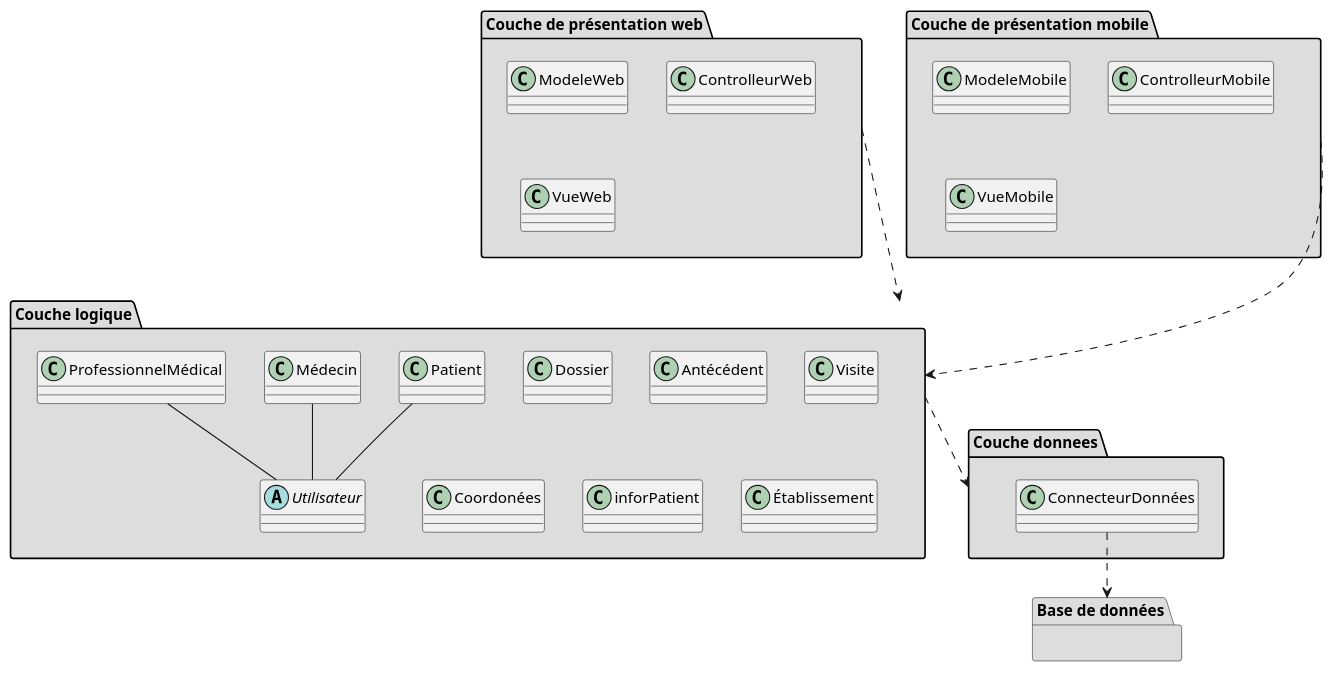
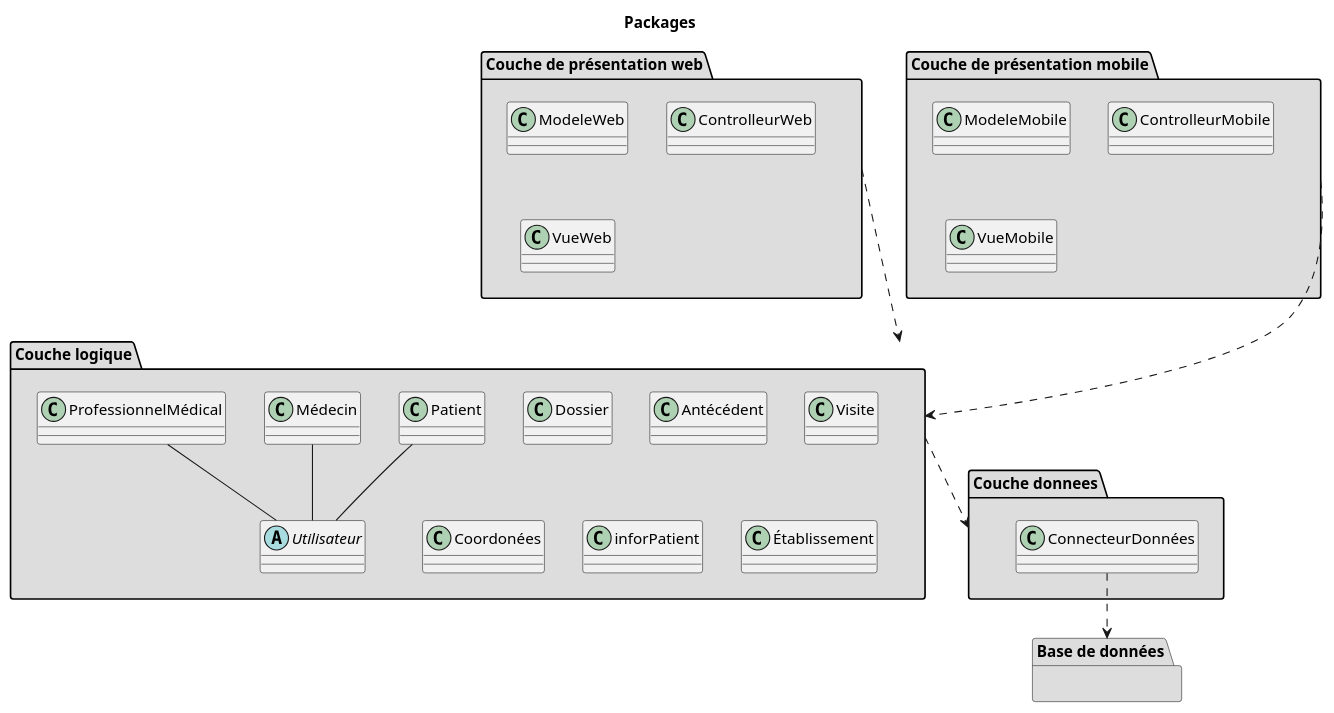
Before and after one commit to vbrayuqam/projet-genielog: the diagram in package.puml, drawn with PlantUML. The commit also changed 6 other files, not shown here.

```diff
--- a/package.puml
+++ b/package.puml
@@ -1,42 +1,44 @@
 @startuml
+
+title Packages
 
 package "Couche de présentation web" #DDDDDD {
   class ModeleWeb {}
   class ControlleurWeb{}
   class VueWeb{}
 }
 
 package "Couche de présentation mobile" #DDDDDD {
   class ModeleMobile {}
   class ControlleurMobile{}
   class VueMobile{}
 }
 
 package "Couche logique" #DDDDDD  {
   class "Patient" {}
   class "Dossier" {}
   class "Antécédent" {}
   class "Visite" {}
   class "Médecin" {}
   class "Coordonées" {}
   class "ProfessionnelMédical" {}
   class "inforPatient" {}
   abstract "Utilisateur" {}
   class "Établissement" {}
 }
 
 package "Couche donnees"  #DDDDDD  {
   class "ConnecteurDonnées" {}
 }
 
 package "Base de données"  #DDDDDD  {}
 
 "Couche logique" ..> "Couche donnees"
 "Couche de présentation web" ..> "Couche logique"
 "ConnecteurDonnées" ..> "Base de données"
 "Couche de présentation mobile" ..> "Couche logique"
 "Patient" -- "Utilisateur"
 "Médecin" -- "Utilisateur"
 "ProfessionnelMédical" -- "Utilisateur"
 
 @enduml
```
